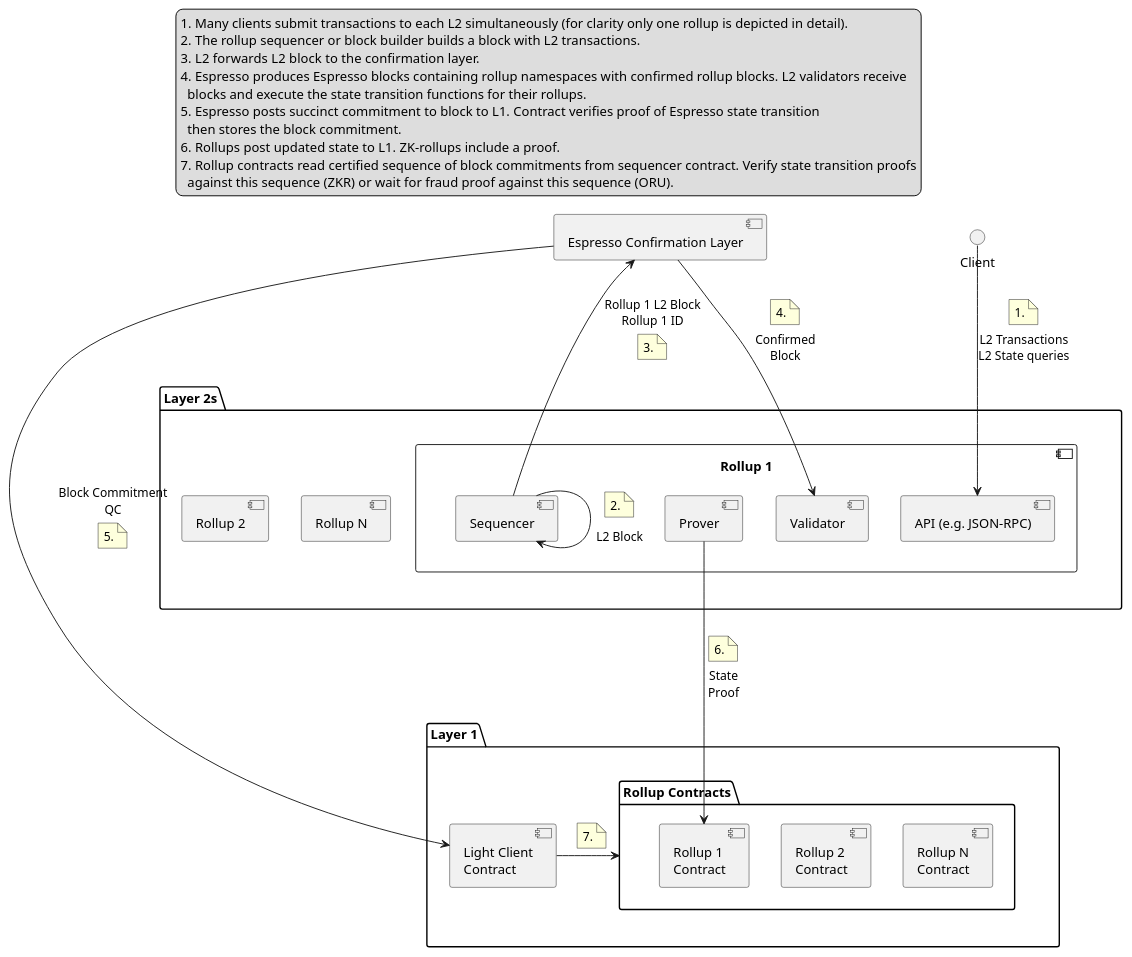
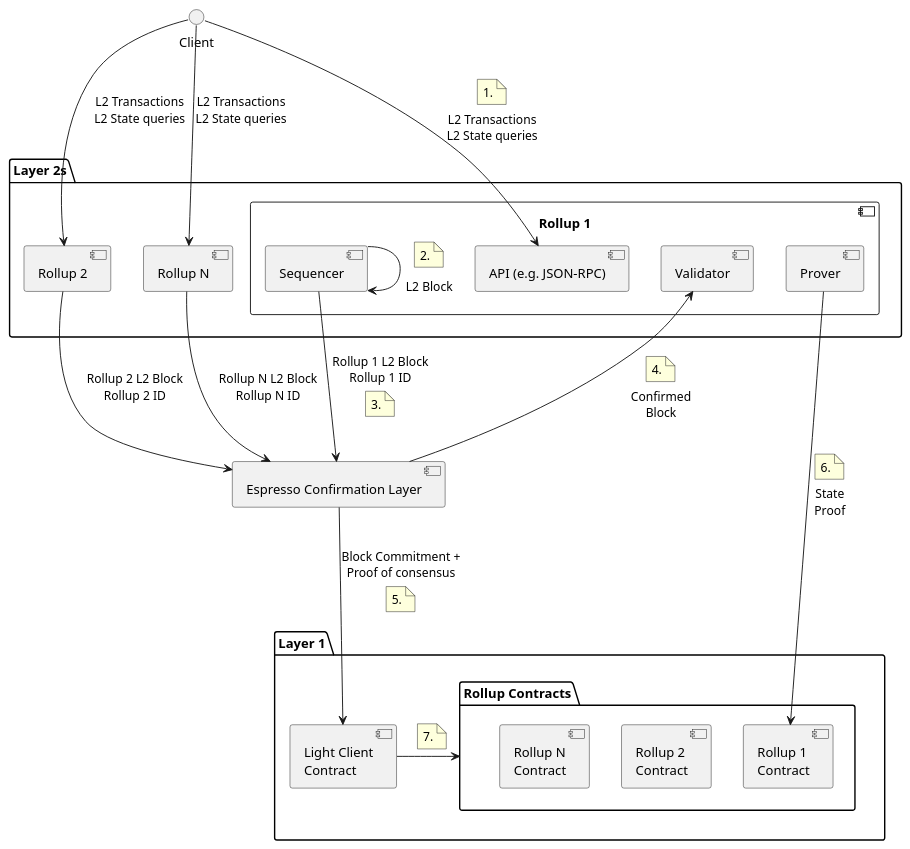
Before and after one commit to EspressoSystems/espresso-sequencer: the diagram in doc/espresso-overview.puml, drawn with PlantUML. The commit also changed 14 other files, not shown here.

First line of the commit message:
doc: sequencer node -> espresso node

```diff
--- a/doc/espresso-overview.puml
+++ b/doc/espresso-overview.puml
@@ -1,90 +1,81 @@
 @startuml
 component "Espresso Confirmation Layer" as Esp
 package "Layer 2s" as L2 {
     component "Rollup 1" as L2_1 {
         component "API (e.g. JSON-RPC)" as L2_1_RPC
         component Sequencer as L2_Seq
         component Validator as L2_1_Val
         component Prover as L2_1_Prover
         ' component "State DB" as L2_1_State
     }
     component "Rollup 2" as L2_2
     component "Rollup N" as L2_N
 }
 package "Layer 1" as L1 {
     component "Light Client\nContract" as LC
     package "Rollup Contracts" as L2_L1 {
         component "Rollup 1\nContract" as L2_1_L1
         component "Rollup 2\nContract" as L2_2_L1
         component "Rollup N\nContract" as L2_N_L1
     }
 }
 
 Client --> L2_1_RPC : L2 Transactions\nL2 State queries
 note top of link
 1.
 end note
+Client --> L2_2 : L2 Transactions\nL2 State queries
+Client --> L2_N : L2 Transactions\nL2 State queries
 
 ' L2_1_RPC -> L2_Seq: L2 Transactions
 
 L2_Seq -> L2_Seq: L2 Block
 note top of link
 2.
 end note
 
-L2_Seq -left-> Esp : Rollup 1 L2 Block\nRollup 1 ID
+L2_Seq --> Esp : Rollup 1 L2 Block\nRollup 1 ID
 note of link
 3.
 end note
 
-Esp -> L2_1_Val : Confirmed\nBlock
-' Esp -> L2_2 : Confirmed\nBlock
-' Esp -> L2_N : Confirmed\nBlock
+L2_2 --> Esp : Rollup 2 L2 Block\nRollup 2 ID
+L2_N --> Esp : Rollup N L2 Block\nRollup N ID
+
+Esp -up-> L2_1_Val : Confirmed\nBlock
 note top of link
 4.
 end note
 
-Esp --> LC : Block Commitment\nQC
+Esp -down-> LC : Block Commitment +\nProof of consensus
 note bottom of link
 5.
 end note
 
-L2_1_Prover -> L2_1_L1 : State\nProof
+L2_1_Prover --> L2_1_L1 : State\nProof
 ' L2_2 -> L2_2_L1 : State\nProof
 ' L2_N -> L2_N_L1 : State\nProof
 note top of link
 6.
 end note
 
 LC -> L2_L1
 note bottom of link
 7.
 end note
 
 ' L2 1 details
 ' L2_1_RPC <-down- L2_1_State : Read state
 ' L2_1_Val -down-> L2_1_State : Write state
 ' L2_1_Prover <-down- L2_1_State : Read State
 
 ' Layout
 ' L2_1_RPC -[hidden]r-> L2_1_Val
-L2_1 -[hidden]r-> L2_2
-L2_2 -[hidden]r-> L2_N
-L2_1_L1 -[hidden]r-> L2_2_L1
-L2_2_L1 -[hidden]r-> L2_N_L1
-L2 -[hidden]d-> L1
-Esp -[hidden]d-> L2
-legend top
-1. Many clients submit transactions to each L2 simultaneously (for clarity only one rollup is depicted in detail).
-2. The rollup sequencer or block builder builds a block with L2 transactions.
-3. L2 forwards L2 block to the confirmation layer.
-4. Espresso produces Espresso blocks containing rollup namespaces with confirmed rollup blocks. L2 validators receive
-  blocks and execute the state transition functions for their rollups.
-5. Espresso posts succinct commitment to block to L1. Contract verifies proof of Espresso state transition
-  then stores the block commitment.
-6. Rollups post updated state to L1. ZK-rollups include a proof.
-7. Rollup contracts read certified sequence of block commitments from sequencer contract. Verify state transition proofs
-  against this sequence (ZKR) or wait for fraud proof against this sequence (ORU).
-endlegend
+' L2_1 -[hidden]r-> L2_2
+' L2_2 -[hidden]r-> L2_N
+' L2_1_L1 -[hidden]r-> L2_2_L1
+' L2_2_L1 -[hidden]r-> L2_N_L1
+' L2 -[hidden]d-> L1
+' Esp -[hidden]u-> L2
 
 @enduml
```
